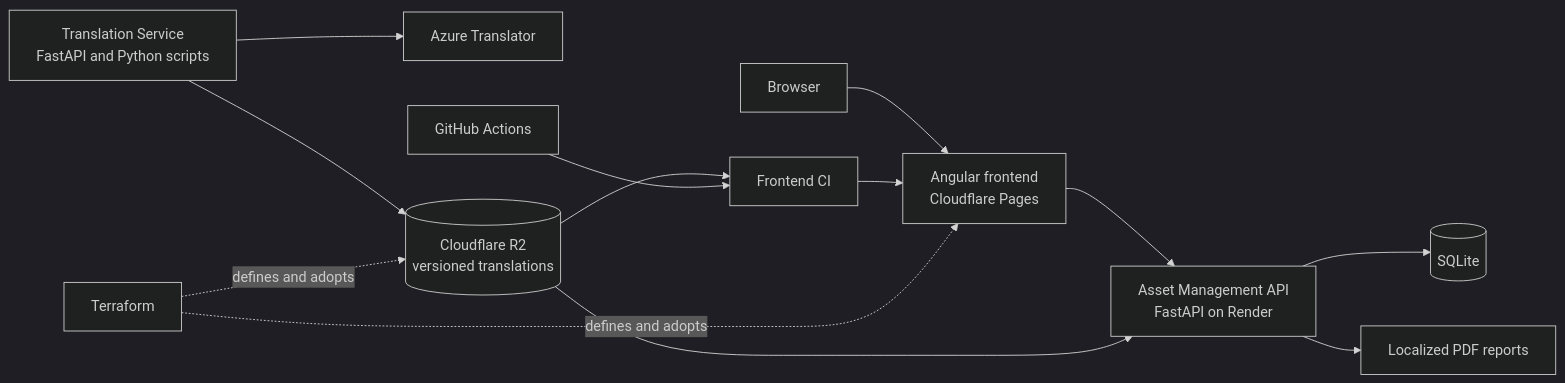
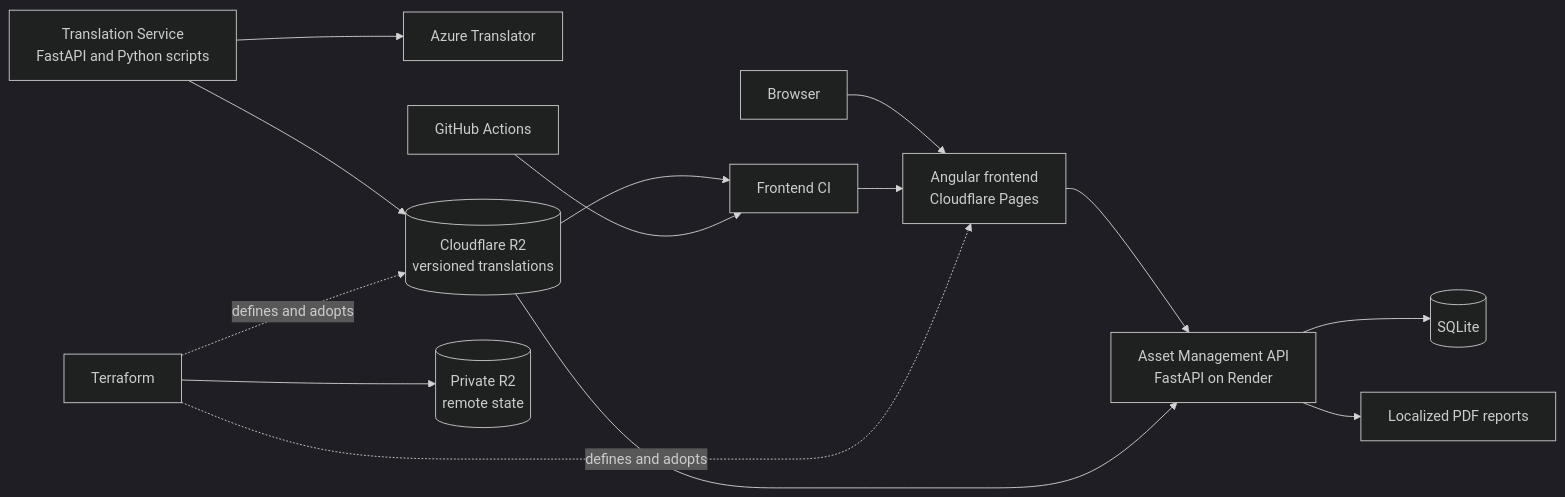
The diagram in README.md (Kimperi/cloud-native-translation-platform), drawn with Mermaid (dark theme) before and after one commit. The commit also changed other lines of this file and 2 other files, not shown here.

Commit message:
feat(infra): store Terraform state in R2

````diff
--- a/README.md
+++ b/README.md
@@ -22,17 +22,18 @@
 ```mermaid
 flowchart LR
     User[Browser] --> Pages[Angular frontend<br/>Cloudflare Pages]
     Pages --> API[Asset Management API<br/>FastAPI on Render]
     API --> DB[(SQLite)]
     API --> PDF[Localized PDF reports]
 
     Translator[Translation Service<br/>FastAPI and Python scripts] --> Azure[Azure Translator]
     Translator --> R2[(Cloudflare R2<br/>versioned translations)]
     R2 --> FrontendCI[Frontend CI]
     R2 --> API
 
     GitHub[GitHub Actions] --> FrontendCI
     FrontendCI --> Pages
     Terraform[Terraform] -. defines and adopts .-> Pages
     Terraform -. defines and adopts .-> R2
+    Terraform --> State[(Private R2<br/>remote state)]
 ```
````
